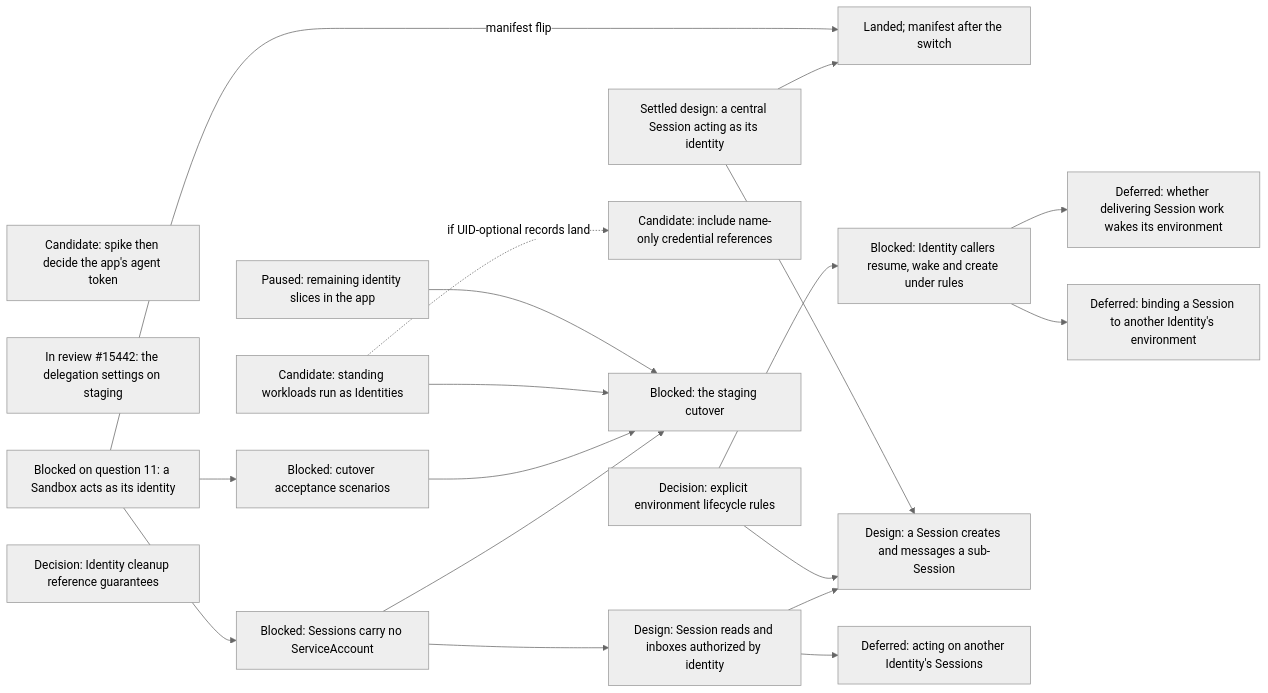
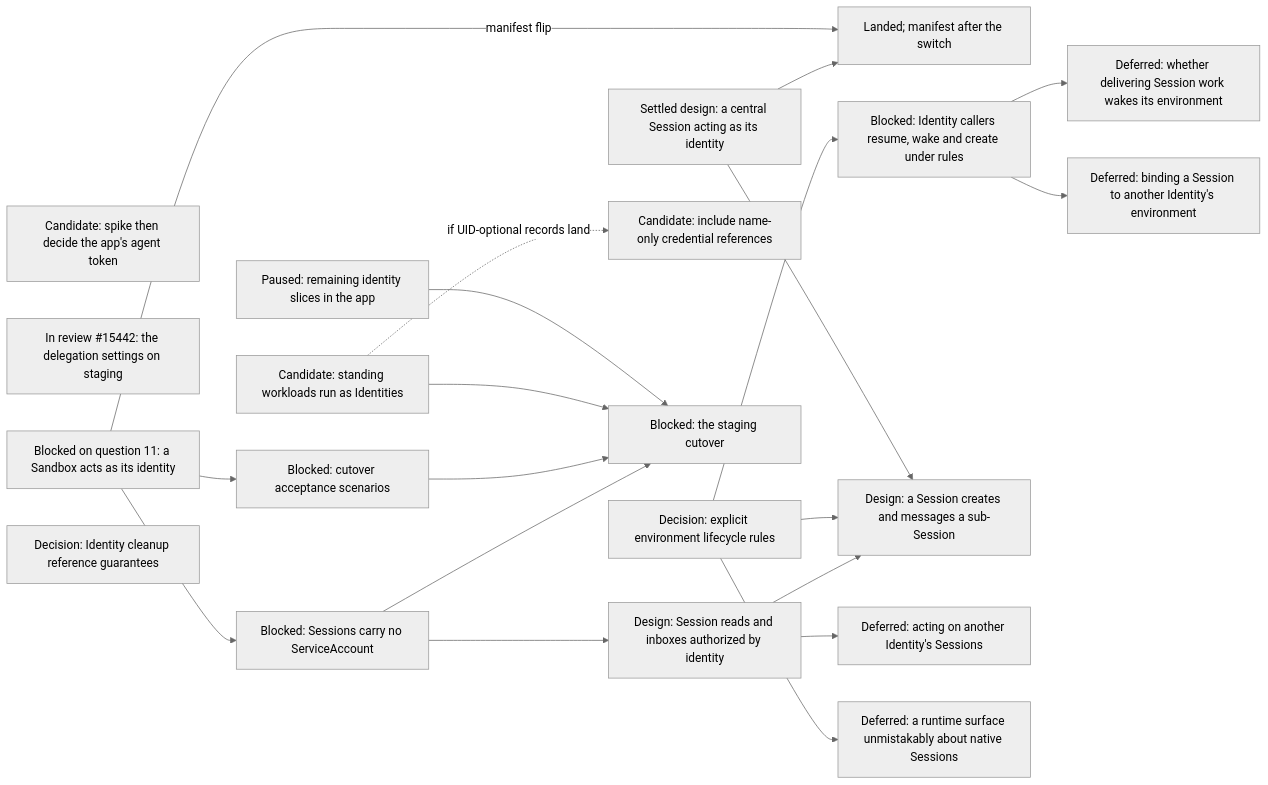
Before and after one commit to agentydragon/ducktape: diagram 16 of 18 in agentplane/plans/task_dag.md, drawn with Mermaid (neutral theme). The commit also changed other lines of this file and 1 other file, not shown here.

Commit message:
task DAG: defer an Environment Runtime surface about native Sessions

````diff
--- a/agentplane/plans/task_dag.md
+++ b/agentplane/plans/task_dag.md
@@ -3131,33 +3131,34 @@
 ```mermaid
 flowchart LR
     APP_AGENT_TOKEN_DECISION[Candidate: spike then decide the app's agent token]
     SERVICES_IDENTITY_PRINCIPAL[In review #15442: the delegation settings on staging]
     CENTRAL_SESSION_ACTING_DESIGN[Settled design: a central Session acting as its identity]
     CENTRAL_SESSION_DELEGATED_ACTING[Landed; manifest after the switch]
     CENTRAL_SESSION_ACTING_DESIGN --> CENTRAL_SESSION_DELEGATED_ACTING
     SANDBOX_IDENTITY_SPEC -->|manifest flip| CENTRAL_SESSION_DELEGATED_ACTING
     STANDING_WORKLOAD_IDENTITY[Candidate: standing workloads run as Identities]
     ENVIRONMENT_RULE_TYPE_DESIGN[Decision: explicit environment lifecycle rules]
     ENVIRONMENT_LIFECYCLE_RULES[Blocked: Identity callers resume, wake and create under rules]
     ENVIRONMENT_RULE_TYPE_DESIGN --> ENVIRONMENT_LIFECYCLE_RULES
     APP_IDENTITIES_UI[Paused: remaining identity slices in the app]
     IDENTITY_CLEANUP_REFERENCE_DECISION[Decision: Identity cleanup reference guarantees]
     IDENTITY_DELETE_CREDENTIAL_GUARD[Candidate: include name-only credential references]
     STANDING_WORKLOAD_IDENTITY -. if UID-optional records land .-> IDENTITY_DELETE_CREDENTIAL_GUARD
     SANDBOX_IDENTITY_SPEC[Blocked on question 11: a Sandbox acts as its identity]
     SANDBOX_IDENTITY_SPEC --> IDENTITY_SYSTEM_TESTS[Blocked: cutover acceptance scenarios]
     SANDBOX_IDENTITY_SPEC --> SESSION_SA_PRINCIPAL_REMOVAL[Blocked: Sessions carry no ServiceAccount]
     SESSION_SA_PRINCIPAL_REMOVAL --> IDENTITY_CUTOVER
     SESSION_SA_PRINCIPAL_REMOVAL --> SESSION_IDENTITY_AUTHZ
     SESSION_SUBAGENT_DELEGATION[Design: a Session creates and messages a sub-Session]
     SESSION_IDENTITY_AUTHZ --> SESSION_SUBAGENT_DELEGATION
     ENVIRONMENT_RULE_TYPE_DESIGN --> SESSION_SUBAGENT_DELEGATION
     CENTRAL_SESSION_ACTING_DESIGN --> SESSION_SUBAGENT_DELEGATION
     IDENTITY_SYSTEM_TESTS --> IDENTITY_CUTOVER[Blocked: the staging cutover]
     STANDING_WORKLOAD_IDENTITY --> IDENTITY_CUTOVER
     APP_IDENTITIES_UI --> IDENTITY_CUTOVER
     SESSION_IDENTITY_AUTHZ[Design: Session reads and inboxes authorized by identity]
     SESSION_IDENTITY_AUTHZ --> SESSION_CROSS_IDENTITY_AUTHORITY[Deferred: acting on another Identity's Sessions]
+    ENVIRONMENT_RULE_TYPE_DESIGN --> ENVIRONMENT_RUNTIME_NATIVE_SURFACE[Deferred: a runtime surface unmistakably about native Sessions]
     ENVIRONMENT_LIFECYCLE_RULES --> WAKE_ON_DELIVERY_DESIGN[Deferred: whether delivering Session work wakes its environment]
     ENVIRONMENT_LIFECYCLE_RULES --> CROSS_IDENTITY_SESSION_BINDING[Deferred: binding a Session to another Identity's environment]
 ```
````
